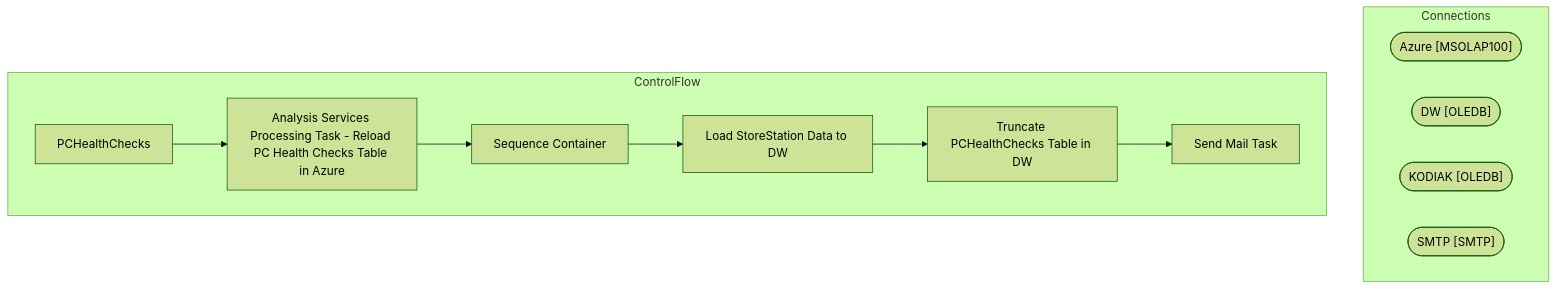
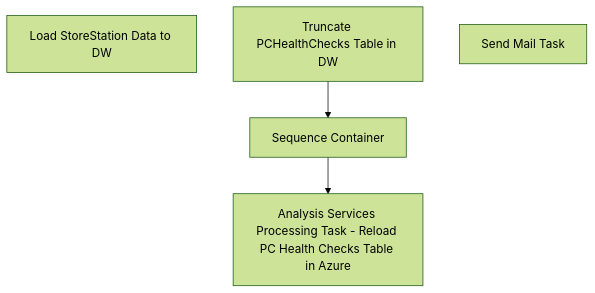
The diagram in bab-docs-explorer/Documentation/STL-SSIS-P-01/SSIS/SSIS/PCHealthChecks.PCHealthChecks.md (juanandresbrain/BABSkills), drawn with Mermaid (forest theme) before and after one commit. The commit also changed other lines of this file and 273 other files, not shown here.

````diff
--- a/bab-docs-explorer/Documentation/STL-SSIS-P-01/SSIS/SSIS/PCHealthChecks.PCHealthChecks.md
+++ b/bab-docs-explorer/Documentation/STL-SSIS-P-01/SSIS/SSIS/PCHealthChecks.PCHealthChecks.md
@@ -9,22 +39,10 @@
 ```mermaid
 flowchart TD
-    subgraph Connections
-        Azure_conn(["Azure [MSOLAP100]"])
-        DW_conn(["DW [OLEDB]"])
-        KODIAK_conn(["KODIAK [OLEDB]"])
-        SMTP_conn(["SMTP [SMTP]"])
-    end
-    subgraph ControlFlow
-        PCHealthChecks_task["PCHealthChecks"]
-        Analysis_Services_Processing_Task___Reload_PC_Health_Checks_Table_in_Azure_task["Analysis Services Processing Task - Reload PC Health Checks Table in Azure"]
-        PCHealthChecks_task --> Analysis_Services_Processing_Task___Reload_PC_Health_Checks_Table_in_Azure_task
-        Sequence_Container_task["Sequence Container"]
-        Analysis_Services_Processing_Task___Reload_PC_Health_Checks_Table_in_Azure_task --> Sequence_Container_task
-        Load_StoreStation_Data_to_DW_task["Load StoreStation Data to DW"]
-        Sequence_Container_task --> Load_StoreStation_Data_to_DW_task
-        Truncate_PCHealthChecks_Table_in_DW_task["Truncate PCHealthChecks Table in DW"]
-        Load_StoreStation_Data_to_DW_task --> Truncate_PCHealthChecks_Table_in_DW_task
-        Send_Mail_Task_task["Send Mail Task"]
-        Truncate_PCHealthChecks_Table_in_DW_task --> Send_Mail_Task_task
-    end
+    n_Package_Analysis_Services_Processing_Task___Reload_PC_Health_Checks_Table_in_Azure["Analysis Services Processing Task - Reload PC Health Checks Table in Azure"]
+    n_Package_Sequence_Container["Sequence Container"]
+    n_Package_Sequence_Container_Load_StoreStation_Data_to_DW["Load StoreStation Data to DW"]
+    n_Package_Truncate_PCHealthChecks_Table_in_DW["Truncate PCHealthChecks Table in DW"]
+    n_Package_EventHandlers_OnError__Send_Mail_Task["Send Mail Task"]
+    n_Package_Truncate_PCHealthChecks_Table_in_DW --> n_Package_Sequence_Container
+    n_Package_Sequence_Container --> n_Package_Analysis_Services_Processing_Task___Reload_PC_Health_Checks_Table_in_Azure
 ```
````
